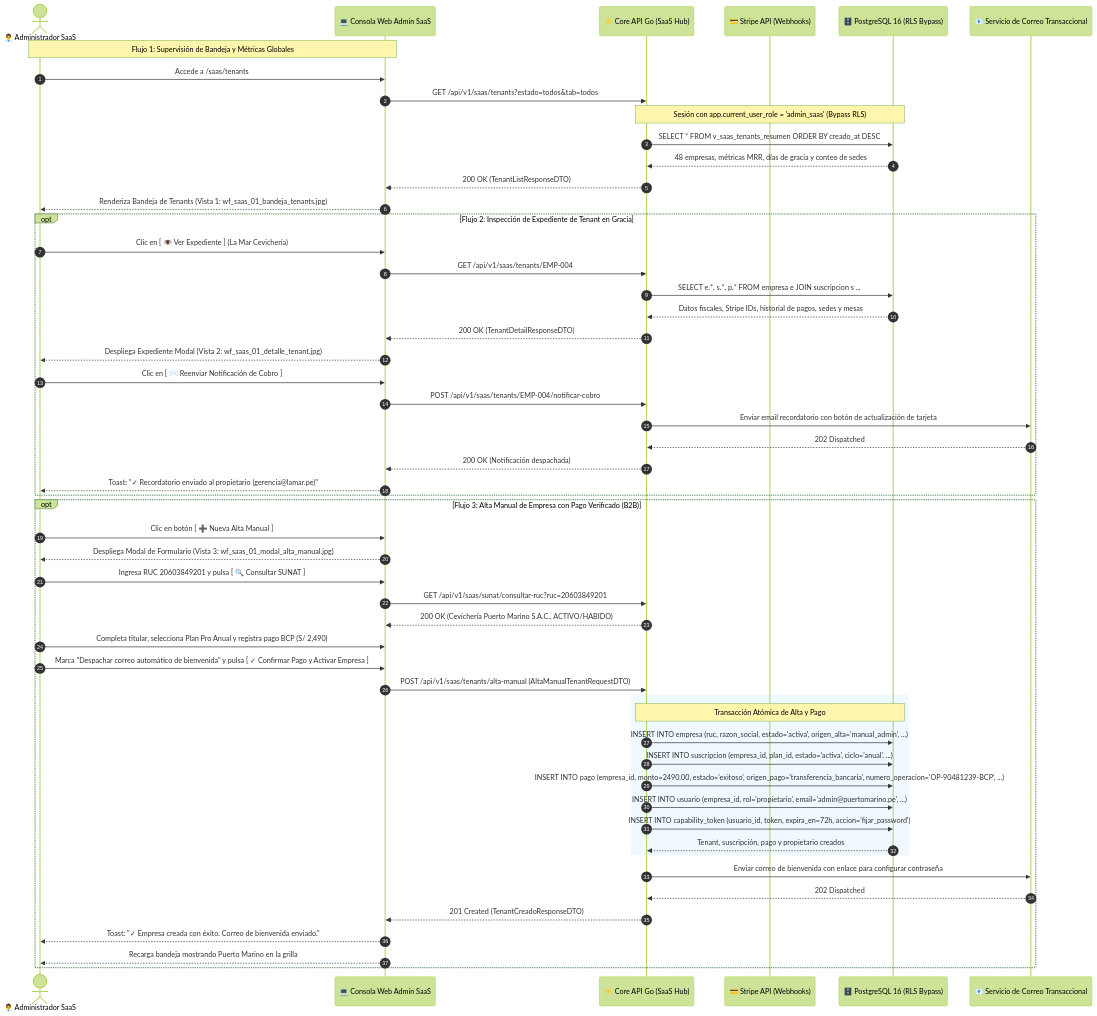
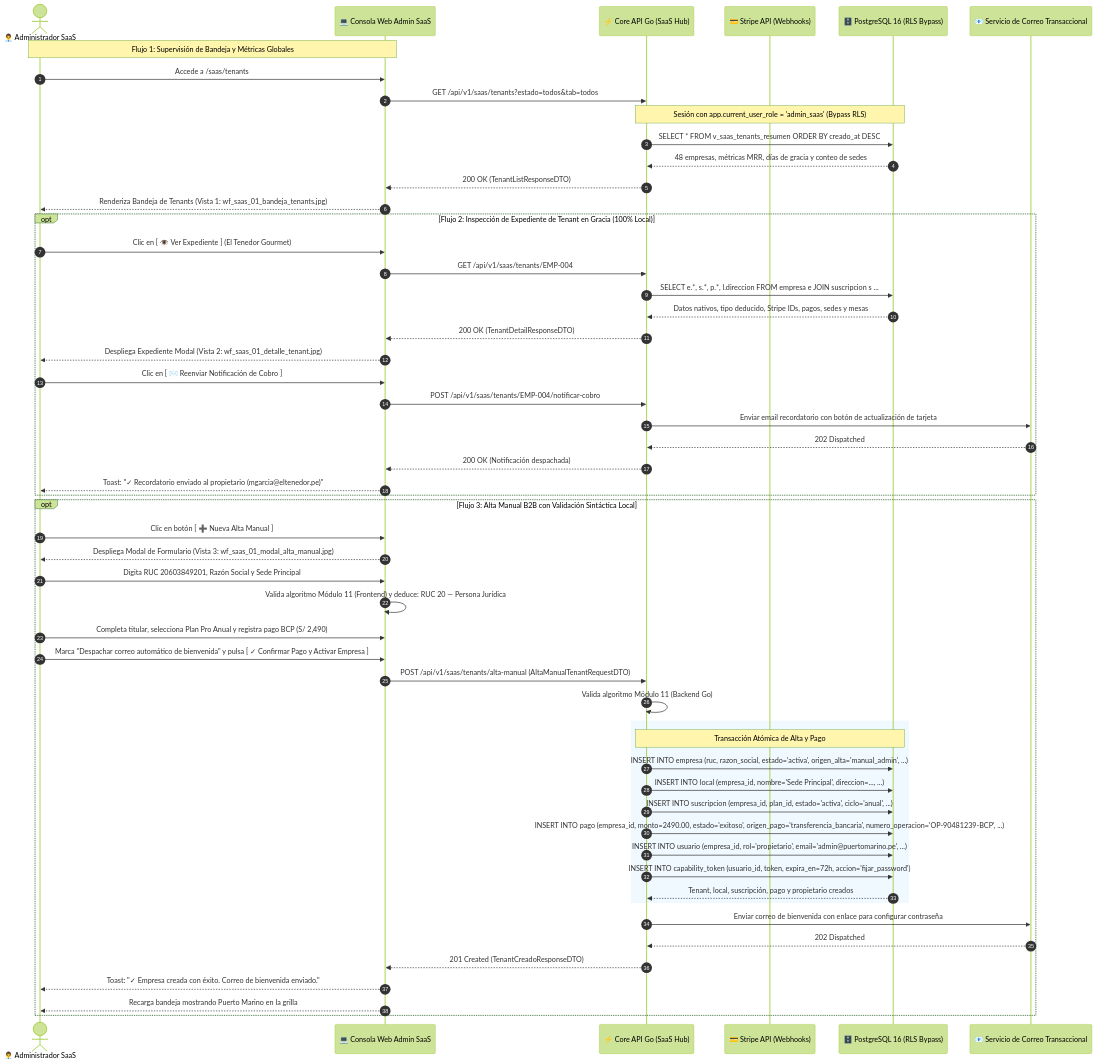
One commit to JCHUIZ10/RestaurantCloud_AI_backend changed the diagram in wireframe/saas_admin/CU-SAAS-01-supervisar-tenants/wireframe.md. Above: the diagram before and after it, drawn with Mermaid (forest theme). The commit also changed other lines of this file and 4 other files, not shown here.

Commit message:
CU-SAAS-01: Desacoplar expediente y alta manual de APIs externas usando datos locales y validacion Modulo 11

````diff
--- a/wireframe/saas_admin/CU-SAAS-01-supervisar-tenants/wireframe.md
+++ b/wireframe/saas_admin/CU-SAAS-01-supervisar-tenants/wireframe.md
@@ -48,64 +54,65 @@
 ```mermaid
 sequenceDiagram
     autonumber
     actor SAAS as 👨‍💼 Administrador SaaS
     participant SPA as 💻 Consola Web Admin SaaS
     participant API as ⚡ Core API Go (SaaS Hub)
     participant STRIPE as 💳 Stripe API (Webhooks)
     participant BD as 🗄️ PostgreSQL 16 (RLS Bypass)
     participant MAIL as 📧 Servicio de Correo Transaccional
 
     Note over SAAS, SPA: Flujo 1: Supervisión de Bandeja y Métricas Globales
     SAAS->>SPA: Accede a /saas/tenants
     SPA->>API: GET /api/v1/saas/tenants?estado=todos&tab=todos
     Note over API, BD: Sesión con app.current_user_role = 'admin_saas' (Bypass RLS)
     API->>BD: SELECT * FROM v_saas_tenants_resumen ORDER BY creado_at DESC
     BD-->>API: 48 empresas, métricas MRR, días de gracia y conteo de sedes
     API-->>SPA: 200 OK (TenantListResponseDTO)
     SPA-->>SAAS: Renderiza Bandeja de Tenants (Vista 1: wf_saas_01_bandeja_tenants.jpg)
 
-    opt Flujo 2: Inspección de Expediente de Tenant en Gracia
-        SAAS->>SPA: Clic en [ 👁️ Ver Expediente ] (La Mar Cevichería)
+    opt Flujo 2: Inspección de Expediente de Tenant en Gracia (100% Local)
+        SAAS->>SPA: Clic en [ 👁️ Ver Expediente ] (El Tenedor Gourmet)
         SPA->>API: GET /api/v1/saas/tenants/EMP-004
-        API->>BD: SELECT e.*, s.*, p.* FROM empresa e JOIN suscripcion s ...
-        BD-->>API: Datos fiscales, Stripe IDs, historial de pagos, sedes y mesas
+        API->>BD: SELECT e.*, s.*, p.*, l.direccion FROM empresa e JOIN suscripcion s ...
+        BD-->>API: Datos nativos, tipo deducido, Stripe IDs, pagos, sedes y mesas
         API-->>SPA: 200 OK (TenantDetailResponseDTO)
         SPA-->>SAAS: Despliega Expediente Modal (Vista 2: wf_saas_01_detalle_tenant.jpg)
         
         SAAS->>SPA: Clic en [ ✉️ Reenviar Notificación de Cobro ]
         SPA->>API: POST /api/v1/saas/tenants/EMP-004/notificar-cobro
         API->>MAIL: Enviar email recordatorio con botón de actualización de tarjeta
         MAIL-->>API: 202 Dispatched
         API-->>SPA: 200 OK (Notificación despachada)
-        SPA-->>SAAS: Toast: "✓ Recordatorio enviado al propietario (gerencia@lamar.pe)"
+        SPA-->>SAAS: Toast: "✓ Recordatorio enviado al propietario (mgarcia@eltenedor.pe)"
     end
 
-    opt Flujo 3: Alta Manual de Empresa con Pago Verificado (B2B)
+    opt Flujo 3: Alta Manual B2B con Validación Sintáctica Local
         SAAS->>SPA: Clic en botón [ ➕ Nueva Alta Manual ]
         SPA-->>SAAS: Despliega Modal de Formulario (Vista 3: wf_saas_01_modal_alta_manual.jpg)
-        SAAS->>SPA: Ingresa RUC 20603849201 y pulsa [ 🔍 Consultar SUNAT ]
-        SPA->>API: GET /api/v1/saas/sunat/consultar-ruc?ruc=20603849201
-        API-->>SPA: 200 OK (Cevichería Puerto Marino S.A.C., ACTIVO/HABIDO)
+        SAAS->>SPA: Digita RUC 20603849201, Razón Social y Sede Principal
+        SPA->>SPA: Valida algoritmo Módulo 11 (Frontend) y deduce: RUC 20 — Persona Jurídica
         
         SAAS->>SPA: Completa titular, selecciona Plan Pro Anual y registra pago BCP (S/ 2,490)
         SAAS->>SPA: Marca "Despachar correo automático de bienvenida" y pulsa [ ✓ Confirmar Pago y Activar Empresa ]
         
         SPA->>API: POST /api/v1/saas/tenants/alta-manual (AltaManualTenantRequestDTO)
+        API->>API: Valida algoritmo Módulo 11 (Backend Go)
         
         rect rgb(240, 249, 255)
             Note over API, BD: Transacción Atómica de Alta y Pago
             API->>BD: INSERT INTO empresa (ruc, razon_social, estado='activa', origen_alta='manual_admin', ...)
+            API->>BD: INSERT INTO local (empresa_id, nombre='Sede Principal', direccion=..., ...)
             API->>BD: INSERT INTO suscripcion (empresa_id, plan_id, estado='activa', ciclo='anual', ...)
             API->>BD: INSERT INTO pago (empresa_id, monto=2490.00, estado='exitoso', origen_pago='transferencia_bancaria', numero_operacion='OP-90481239-BCP', ...)
             API->>BD: INSERT INTO usuario (empresa_id, rol='propietario', email='admin@puertomarino.pe', ...)
             API->>BD: INSERT INTO capability_token (usuario_id, token, expira_en=72h, accion='fijar_password')
-            BD-->>API: Tenant, suscripción, pago y propietario creados
+            BD-->>API: Tenant, local, suscripción, pago y propietario creados
         end
 
         API->>MAIL: Enviar correo de bienvenida con enlace para configurar contraseña
         MAIL-->>API: 202 Dispatched
         API-->>SPA: 201 Created (TenantCreadoResponseDTO)
         SPA-->>SAAS: Toast: "✓ Empresa creada con éxito. Correo de bienvenida enviado."
         SPA-->>SAAS: Recarga bandeja mostrando Puerto Marino en la grilla
     end
 ```
````
